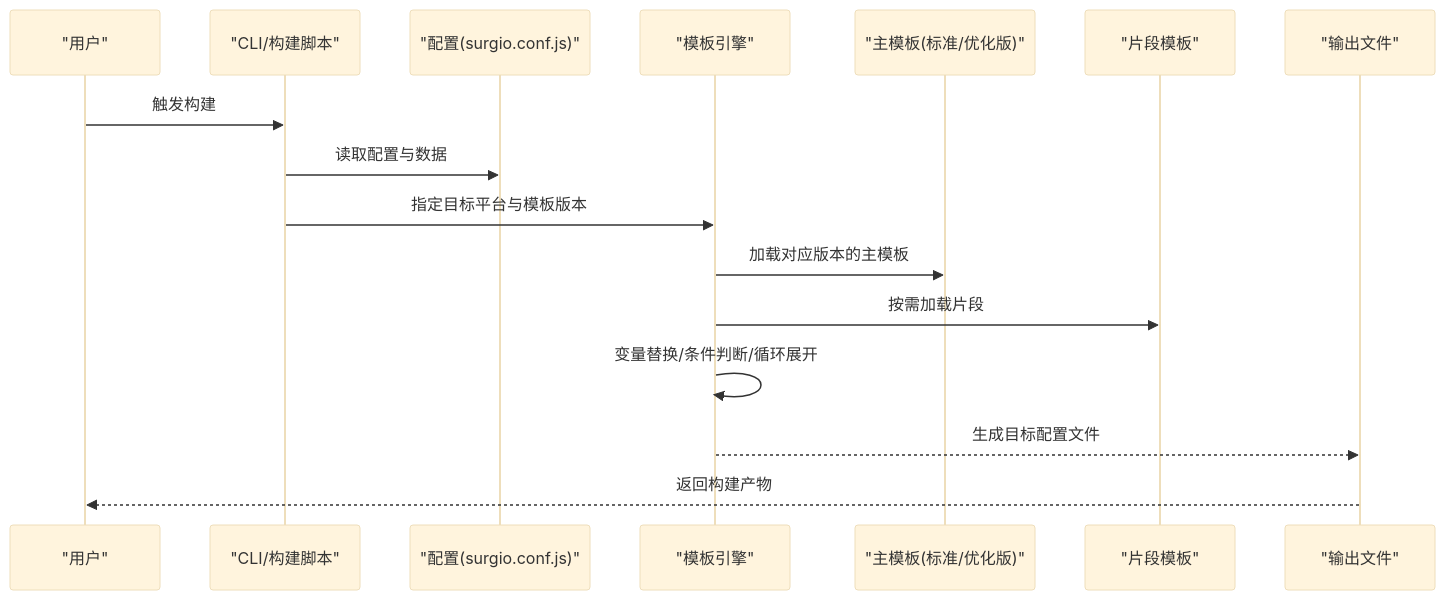
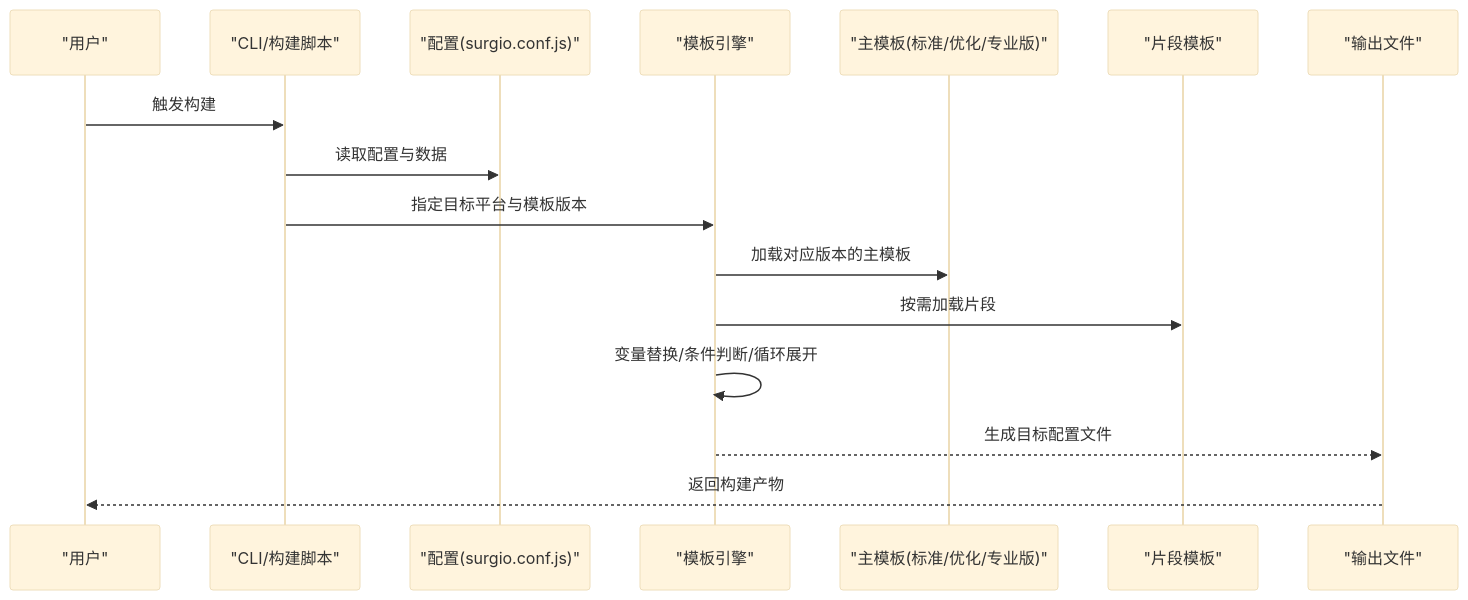
Before and after one commit to 3kaiu/config: the second of 4 diagrams in .qoder/repowiki/zh/content/模板系统.md, drawn with Mermaid (base theme). The commit also changed other lines of this file and 112 other files, not shown here.

````diff
--- a/.qoder/repowiki/zh/content/模板系统.md
+++ b/.qoder/repowiki/zh/content/模板系统.md
@@ -110,18 +131,18 @@
 ```mermaid
 sequenceDiagram
 participant U as "用户"
 participant CLI as "CLI/构建脚本"
 participant CFG as "配置(surgio.conf.js)"
 participant ENG as "模板引擎"
-participant TPL as "主模板(标准/优化版)"
+participant TPL as "主模板(标准/优化/专业版)"
 participant SN as "片段模板"
 participant OUT as "输出文件"
 U->>CLI : 触发构建
 CLI->>CFG : 读取配置与数据
 CLI->>ENG : 指定目标平台与模板版本
 ENG->>TPL : 加载对应版本的主模板
 ENG->>SN : 按需加载片段
 ENG->>ENG : 变量替换/条件判断/循环展开
 ENG-->>OUT : 生成目标配置文件
 OUT-->>U : 返回构建产物
 ```
````
